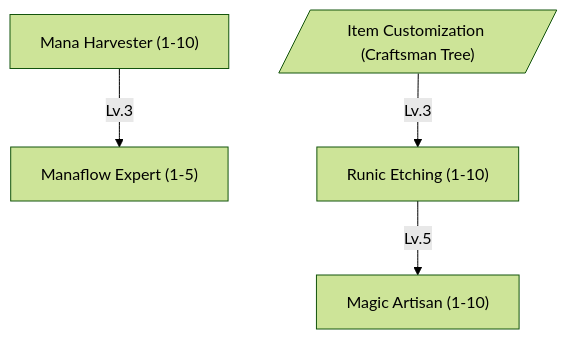
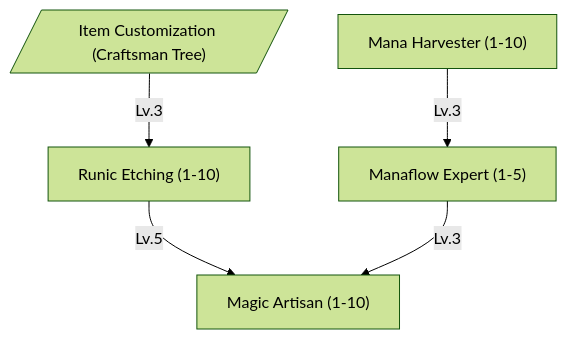
The fourth of 16 diagrams in content/docs/mechanics/master.md (tfelix/bestia-docs), drawn with Mermaid (forest theme) before and after one commit. The commit also changed other lines of this file, not shown here.

````diff
--- a/content/docs/mechanics/master.md
+++ b/content/docs/mechanics/master.md
@@ -525,12 +525,13 @@
 ```mermaid
 graph TD
     ItemCustomization[/"Item Customization (Craftsman Tree)"/]
     ManaHarvester["Mana Harvester (1-10)"]
     ManaflowExpert["Manaflow Expert (1-5)"]
     RunicEtching["Runic Etching (1-10)"]
     MagicArtisan["Magic Artisan (1-10)"]
 
     ManaHarvester -->|Lv.3| ManaflowExpert
     ItemCustomization -->|Lv.3| RunicEtching
     RunicEtching -->|Lv.5| MagicArtisan
+    ManaflowExpert -->|Lv.3| MagicArtisan
 ```
````
